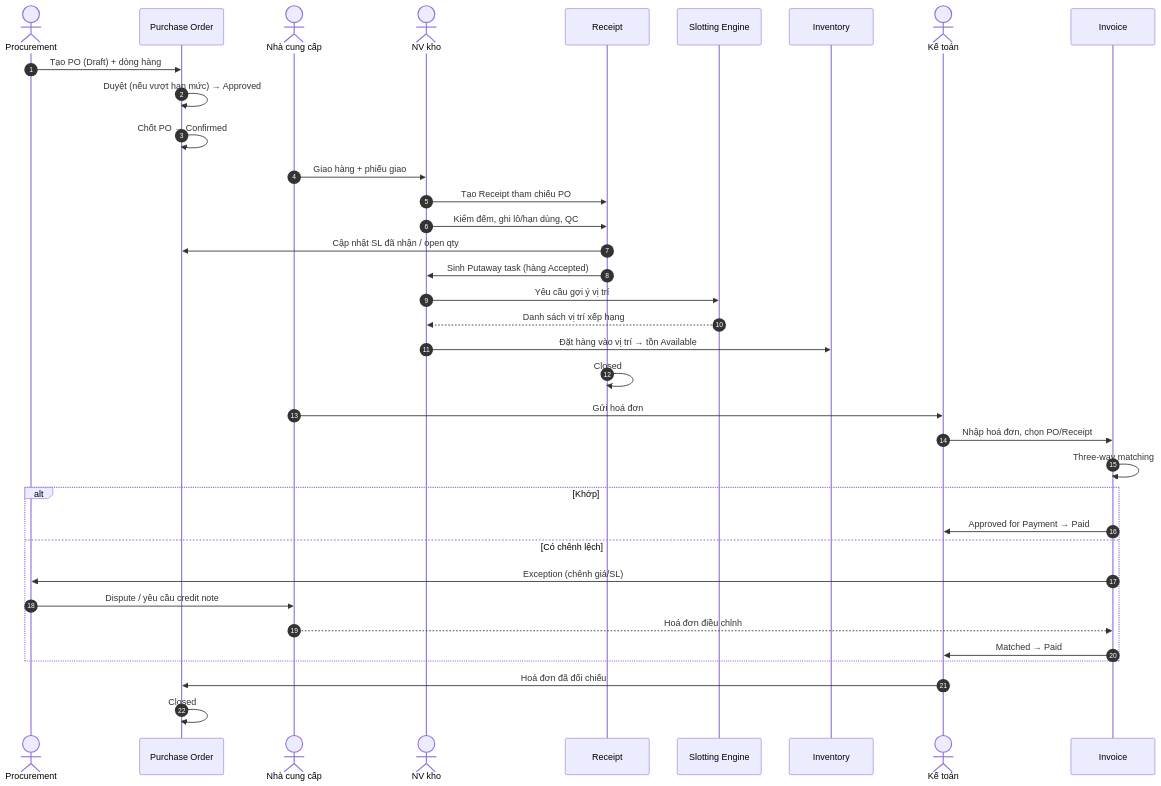
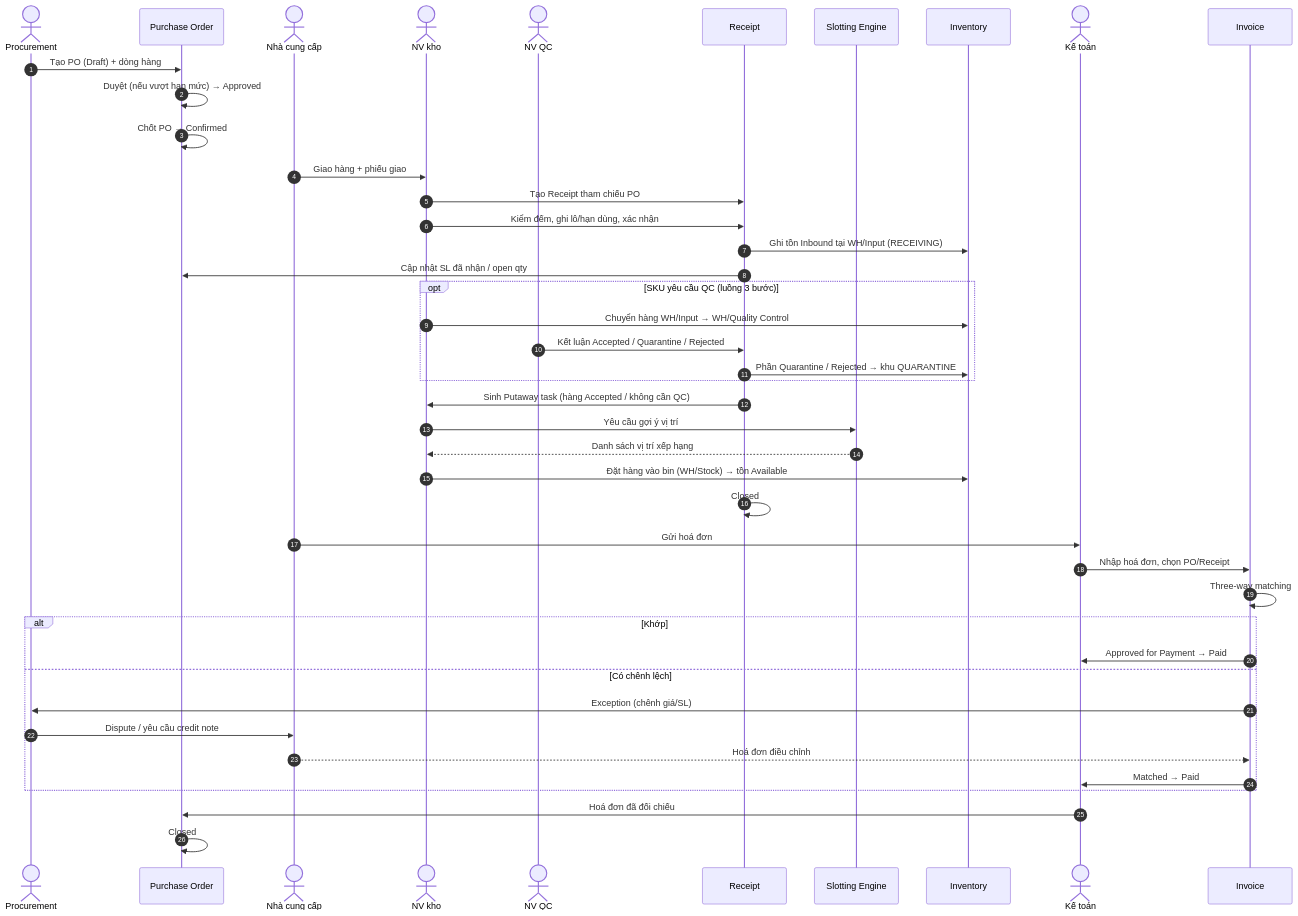
One commit to KLTN-FA26/docs changed the second of 8 diagrams in docs/diagrams/README.md. Above: the diagram before and after it, drawn with Mermaid. The commit also changed other lines of this file and 8 other files, not shown here.

````diff
--- a/docs/diagrams/README.md
+++ b/docs/diagrams/README.md
@@ -64,39 +70,46 @@
 ```mermaid
 sequenceDiagram
     autonumber
     actor PROC as Procurement
     participant PO as Purchase Order
     actor VENDOR as Nhà cung cấp
     actor WH as NV kho
+    actor QC as NV QC
     participant RC as Receipt
     participant SLOT as Slotting Engine
     participant INVSYS as Inventory
     actor AP as Kế toán
     participant INV as Invoice
 
     PROC->>PO: Tạo PO (Draft) + dòng hàng
     PO->>PO: Duyệt (nếu vượt hạn mức) → Approved
     PO->>PO: Chốt PO → Confirmed
     VENDOR->>WH: Giao hàng + phiếu giao
     WH->>RC: Tạo Receipt tham chiếu PO
-    WH->>RC: Kiểm đếm, ghi lô/hạn dùng, QC
+    WH->>RC: Kiểm đếm, ghi lô/hạn dùng, xác nhận
+    RC->>INVSYS: Ghi tồn Inbound tại WH/Input (RECEIVING)
     RC->>PO: Cập nhật SL đã nhận / open qty
-    RC->>WH: Sinh Putaway task (hàng Accepted)
+    opt SKU yêu cầu QC (luồng 3 bước)
+        WH->>INVSYS: Chuyển hàng WH/Input → WH/Quality Control
+        QC->>RC: Kết luận Accepted / Quarantine / Rejected
+        RC->>INVSYS: Phần Quarantine / Rejected → khu QUARANTINE
+    end
+    RC->>WH: Sinh Putaway task (hàng Accepted / không cần QC)
     WH->>SLOT: Yêu cầu gợi ý vị trí
     SLOT-->>WH: Danh sách vị trí xếp hạng
-    WH->>INVSYS: Đặt hàng vào vị trí → tồn Available
+    WH->>INVSYS: Đặt hàng vào bin (WH/Stock) → tồn Available
     RC->>RC: Closed
     VENDOR->>AP: Gửi hoá đơn
     AP->>INV: Nhập hoá đơn, chọn PO/Receipt
     INV->>INV: Three-way matching
     alt Khớp
         INV->>AP: Approved for Payment → Paid
     else Có chênh lệch
         INV->>PROC: Exception (chênh giá/SL)
         PROC->>VENDOR: Dispute / yêu cầu credit note
         VENDOR-->>INV: Hoá đơn điều chỉnh
         INV->>AP: Matched → Paid
     end
     AP->>PO: Hoá đơn đã đối chiếu
     PO->>PO: Closed
 ```
````
